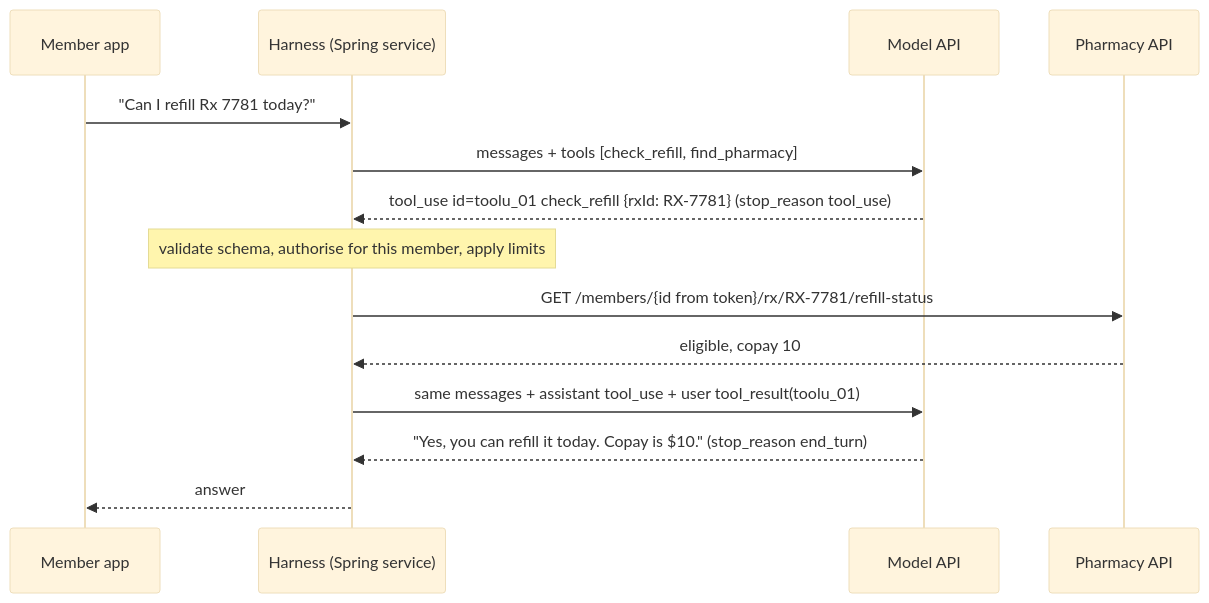
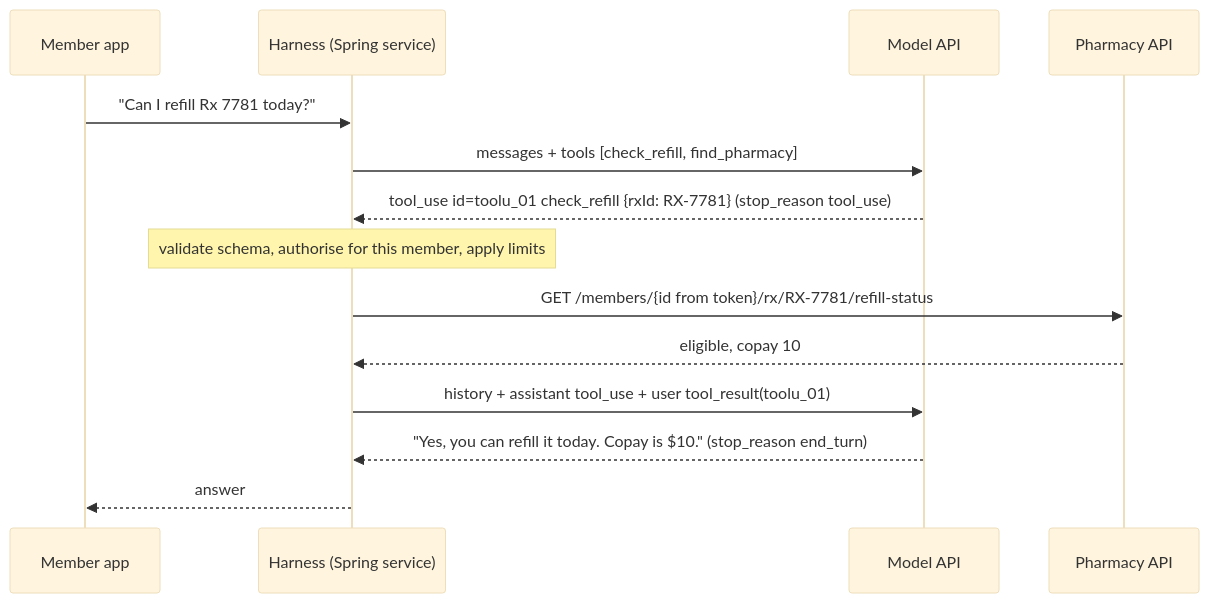
One commit to vishalhulawale/knowledge-base changed the first of 2 diagrams in docs/genai/06-agents-and-tool-calling.md. Above: the diagram before and after it, drawn with Mermaid (base theme). The commit also changed other lines of this file and 5 other files, not shown here.

````diff
--- a/docs/genai/06-agents-and-tool-calling.md
+++ b/docs/genai/06-agents-and-tool-calling.md
@@ -28,16 +28,16 @@
 ```mermaid
 sequenceDiagram
     participant U as Member app
     participant H as Harness (Spring service)
     participant M as Model API
     participant T as Pharmacy API
     U->>H: "Can I refill Rx 7781 today?"
     H->>M: messages + tools [check_refill, find_pharmacy]
     M-->>H: tool_use id=toolu_01 check_refill {rxId: RX-7781} (stop_reason tool_use)
     Note over H: validate schema, authorise for this member, apply limits
     H->>T: GET /members/{id from token}/rx/RX-7781/refill-status
     T-->>H: eligible, copay 10
-    H->>M: same messages + assistant tool_use + user tool_result(toolu_01)
+    H->>M: history + assistant tool_use + user tool_result(toolu_01)
     M-->>H: "Yes, you can refill it today. Copay is $10." (stop_reason end_turn)
     H-->>U: answer
 ```
````
